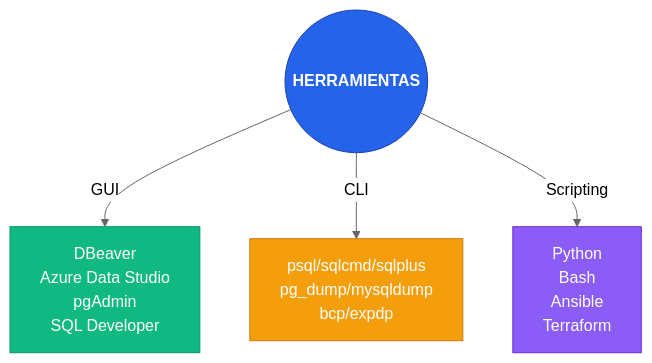
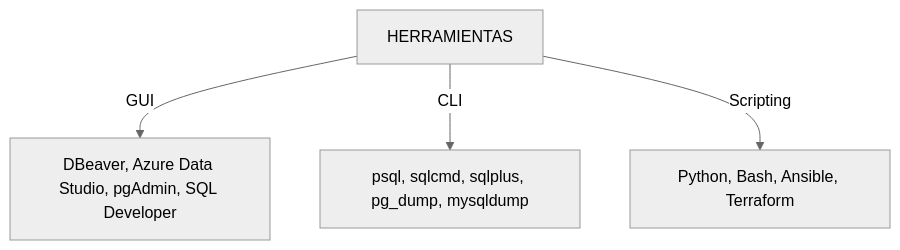
One commit to rraulherediaa/PracticasEstructurasDatos changed the fourth of 12 diagrams in diagramas.md. Above: the diagram before and after it, drawn with Mermaid (neutral theme). The commit also changed other lines of this file and 1 other file, not shown here.

Commit message:
fix: simplificar diagramas Mermaid al máximo para asegurar compatibilidad total

````diff
--- a/diagramas.md
+++ b/diagramas.md
@@ -81,17 +50,8 @@
 ```mermaid
 flowchart TD
-    Tools(("HERRAMIENTAS"))
+    Tools["HERRAMIENTAS"]
     
-    Tools -->|GUI| GUI["DBeaver<br/>Azure Data Studio<br/>pgAdmin<br/>SQL Developer"]
-    Tools -->|CLI| CLI["psql/sqlcmd/sqlplus<br/>pg_dump/mysqldump<br/>bcp/expdp"]
-    Tools -->|Scripting| SCRIPT["Python<br/>Bash<br/>Ansible<br/>Terraform"]
-
-    classDef central fill:#2563eb,color:#fff,font-weight:bold,stroke:#1e40af
-    classDef gui fill:#10b981,color:#fff,stroke:#059669
-    classDef cli fill:#f59e0b,color:#fff,stroke:#d97706
-    classDef script fill:#8b5cf6,color:#fff,stroke:#6d28d9
-    class Tools central
-    class GUI gui
-    class CLI cli
-    class SCRIPT script
+    Tools -->|GUI| GUI["DBeaver, Azure Data Studio, pgAdmin, SQL Developer"]
+    Tools -->|CLI| CLI["psql, sqlcmd, sqlplus, pg_dump, mysqldump"]
+    Tools -->|Scripting| SCRIPT["Python, Bash, Ansible, Terraform"]
 ```
````
